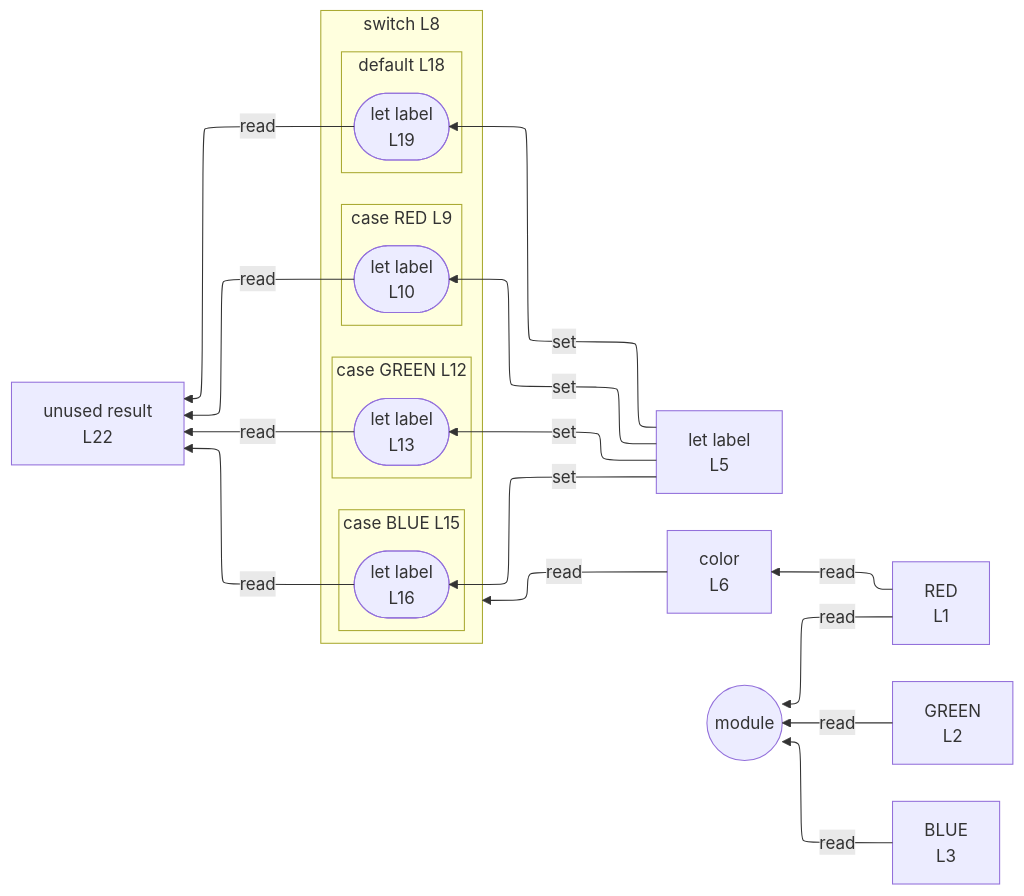
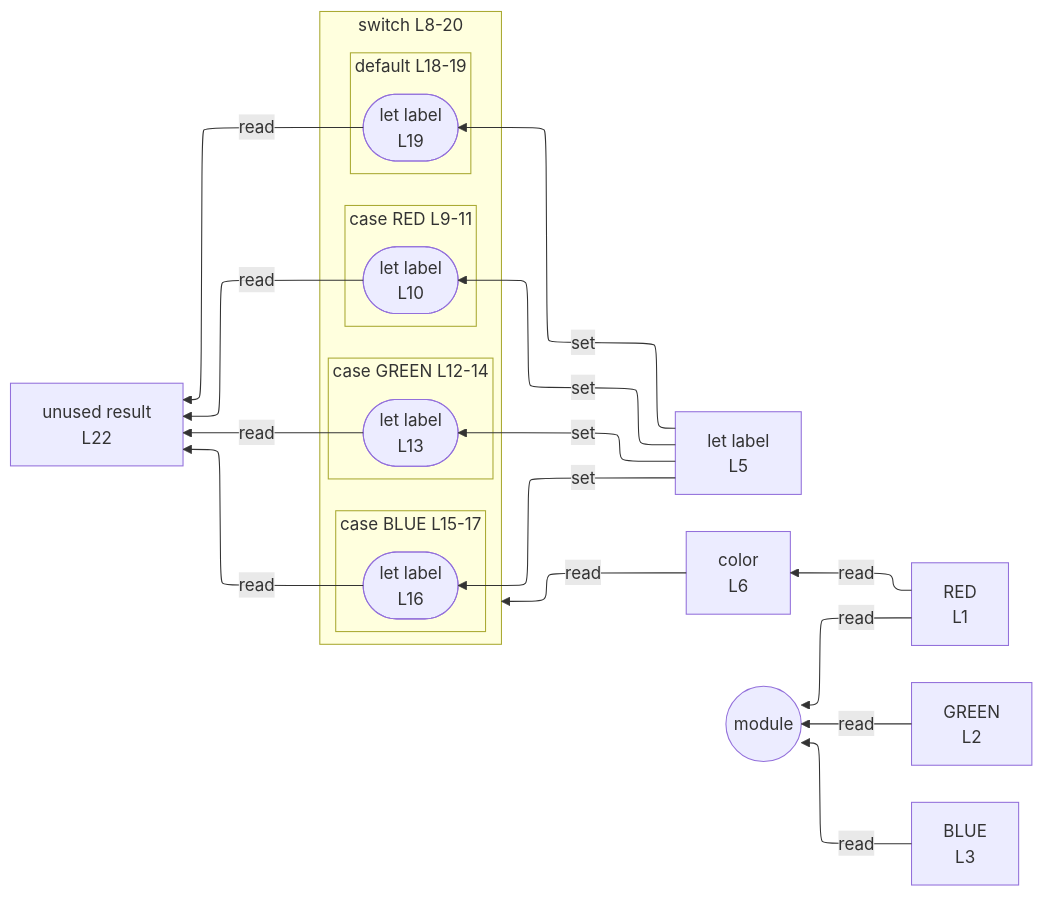
One commit to crescware/unsnarl changed the diagram in integration/fixtures/control-switch-identifier/preview.md. Above: the diagram before and after it, drawn with Mermaid. The commit also changed 125 other files, not shown here.

````diff
--- a/integration/fixtures/control-switch-identifier/preview.md
+++ b/integration/fixtures/control-switch-identifier/preview.md
@@ -32,43 +32,43 @@
 ```mermaid
 %%{init: {"flowchart": {"defaultRenderer": "elk"}}}%%
 flowchart RL
   n_scope_0_RED_6["RED<br/>L1"]
   n_scope_0_GREEN_23["GREEN<br/>L2"]
   n_scope_0_BLUE_42["BLUE<br/>L3"]
   n_scope_0_label_59["let label<br/>L5"]
   n_scope_0_color_77["color<br/>L6"]
   n_scope_0_result_283["unused result<br/>L22"]
-  subgraph s_scope_1["switch L8"]
+  subgraph s_scope_1["switch L8-20"]
     direction RL
-    subgraph s_scope_2["case RED L9"]
+    subgraph s_scope_2["case RED L9-11"]
       direction RL
       wr_ref_3(["let label<br/>L10"])
     end
-    subgraph s_scope_3["case GREEN L12"]
+    subgraph s_scope_3["case GREEN L12-14"]
       direction RL
       wr_ref_5(["let label<br/>L13"])
     end
-    subgraph s_scope_4["case BLUE L15"]
+    subgraph s_scope_4["case BLUE L15-17"]
       direction RL
       wr_ref_7(["let label<br/>L16"])
     end
-    subgraph s_scope_5["default L18"]
+    subgraph s_scope_5["default L18-19"]
       direction RL
       wr_ref_8(["let label<br/>L19"])
     end
   end
   n_scope_0_label_59 -->|set| wr_ref_3
   n_scope_0_label_59 -->|set| wr_ref_5
   n_scope_0_label_59 -->|set| wr_ref_7
   n_scope_0_label_59 -->|set| wr_ref_8
   n_scope_0_RED_6 -->|read| n_scope_0_color_77
   n_scope_0_color_77 -->|read| s_scope_1
   n_scope_0_RED_6 -->|read| module_root
   n_scope_0_GREEN_23 -->|read| module_root
   n_scope_0_BLUE_42 -->|read| module_root
   wr_ref_3 -->|read| n_scope_0_result_283
   wr_ref_5 -->|read| n_scope_0_result_283
   wr_ref_7 -->|read| n_scope_0_result_283
   wr_ref_8 -->|read| n_scope_0_result_283
   module_root((module))
 ```
````
